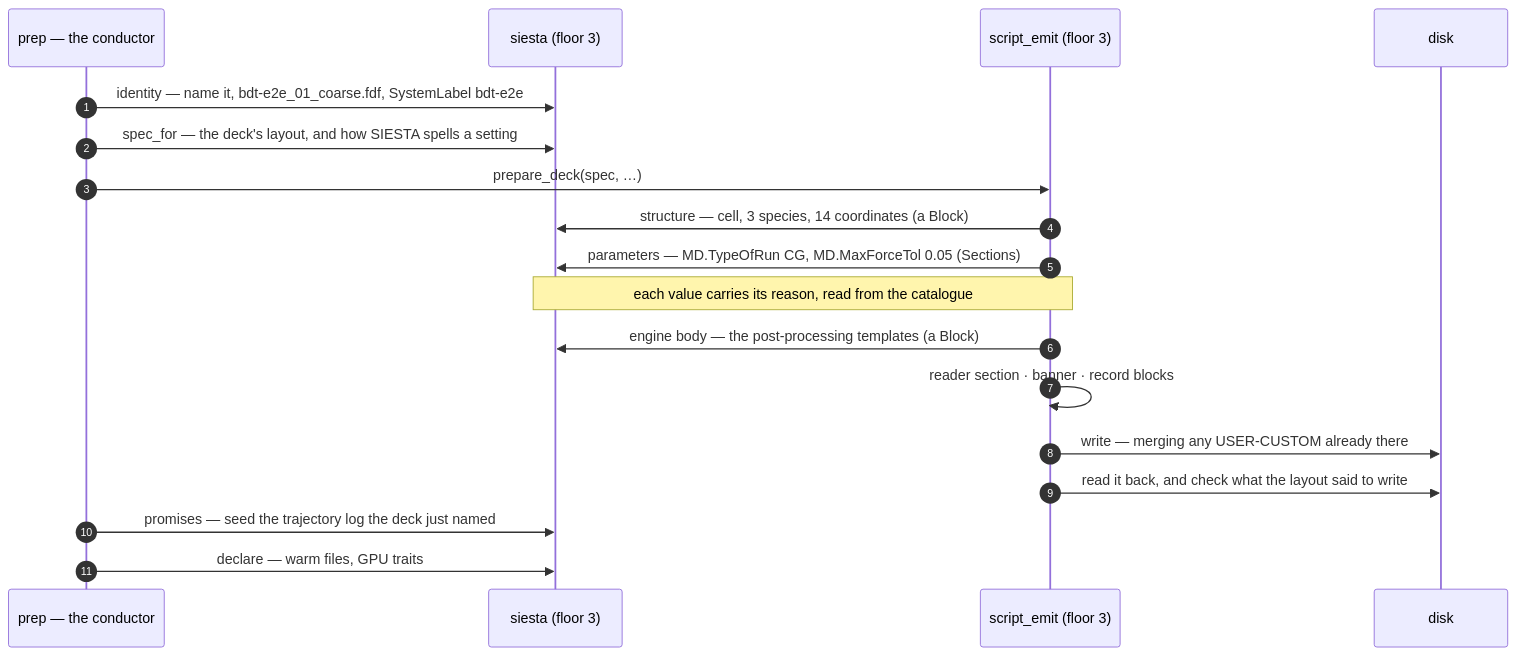
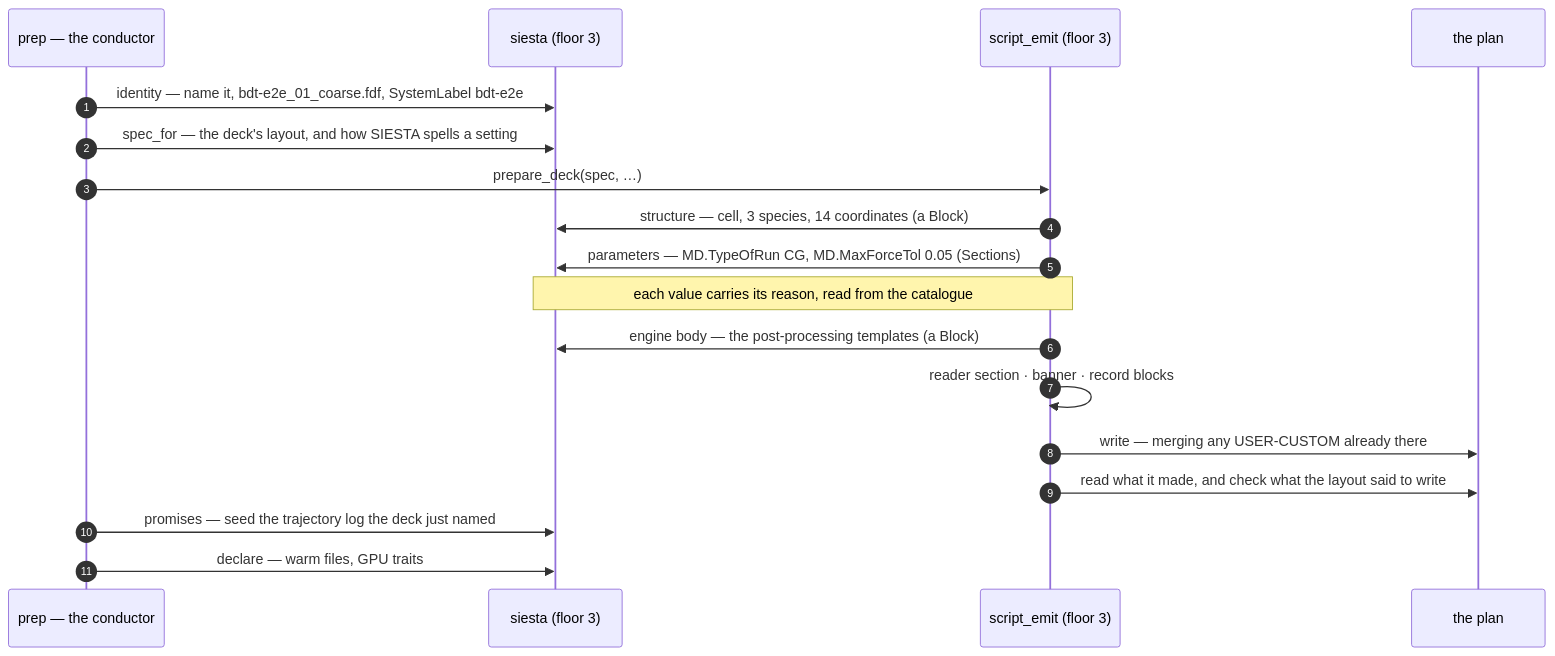
Before and after one commit to Qing-LAB/molbuilder: the seventh of 7 diagrams in docs/execution/script-preparation.md, drawn with Mermaid. The commit also changed other lines of this file and 36 other files, not shown here.

````diff
--- a/docs/execution/script-preparation.md
+++ b/docs/execution/script-preparation.md
@@ -1031,20 +1038,20 @@
 ```mermaid
 sequenceDiagram
     autonumber
     participant P as prep — the conductor
     participant E as siesta (floor 3)
     participant W as script_emit (floor 3)
-    participant D as disk
+    participant D as the plan
     P->>E: identity — name it, bdt-e2e_01_coarse.fdf, SystemLabel bdt-e2e
     P->>E: spec_for — the deck's layout, and how SIESTA spells a setting
     P->>W: prepare_deck(spec, …)
     W->>E: structure — cell, 3 species, 14 coordinates (a Block)
     W->>E: parameters — MD.TypeOfRun CG, MD.MaxForceTol 0.05 (Sections)
     Note over E,W: each value carries its reason, read from the catalogue
     W->>E: engine body — the post-processing templates (a Block)
     W->>W: reader section · banner · record blocks
     W->>D: write — merging any USER-CUSTOM already there
-    W->>D: read it back, and check what the layout said to write
+    W->>D: read what it made, and check what the layout said to write
     P->>E: promises — seed the trajectory log the deck just named
     P->>E: declare — warm files, GPU traits
 ```
````
